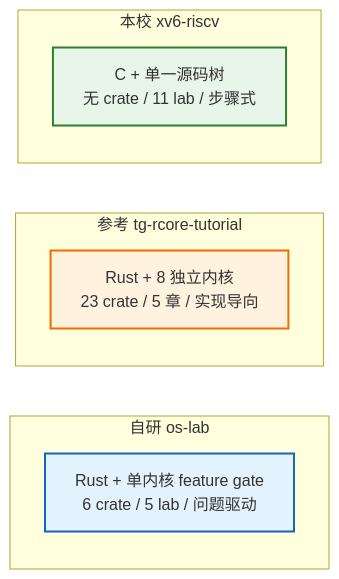
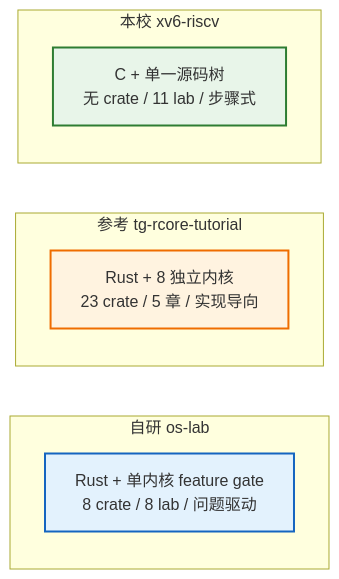
The first of 4 diagrams in os-lab/docs/comparison.md (AM-SuSh/EVOLVE), drawn with Mermaid before and after one commit. The commit also changed other lines of this file and 85 other files, not shown here.

````diff
--- a/os-lab/docs/comparison.md
+++ b/os-lab/docs/comparison.md
@@ -9,19 +9,19 @@
 ```mermaid
 graph LR
     subgraph 自研["自研 os-lab"]
-        S1["Rust + 单内核 feature gate<br/>6 crate / 5 lab / 问题驱动"]
+        S1["Rust + 单内核 feature gate<br/>8 crate / 8 lab / 问题驱动"]
     end
     subgraph 参考["参考 tg-rcore-tutorial"]
         R1["Rust + 8 独立内核<br/>23 crate / 5 章 / 实现导向"]
     end
     subgraph 本校["本校 xv6-riscv"]
         X1["C + 单一源码树<br/>无 crate / 11 lab / 步骤式"]
     end
 
     classDef self fill:#e3f2fd,stroke:#1565c0,stroke-width:2px;
     classDef ref fill:#fff3e0,stroke:#ef6c00,stroke-width:2px;
     classDef uni fill:#e8f5e9,stroke:#2e7d32,stroke-width:2px;
     class S1 self;
     class R1 ref;
     class X1 uni;
 ```
````
